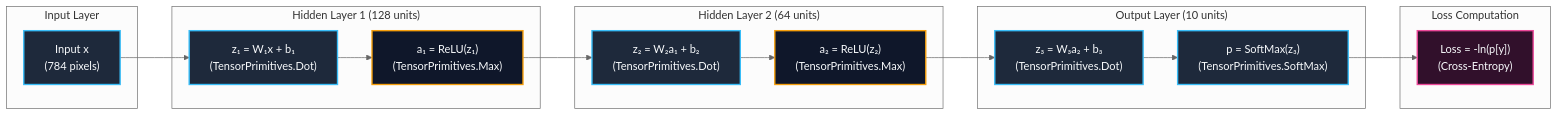
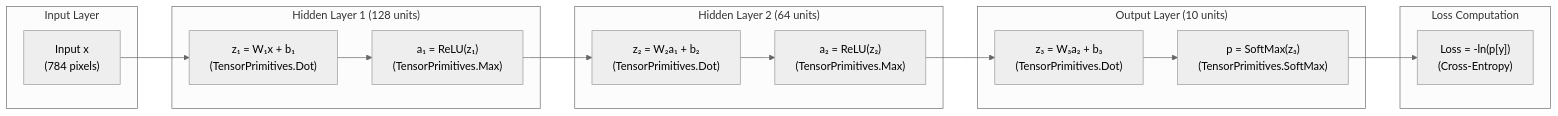
The first of 2 diagrams in _posts/2026-08-28-mnist-from-scratch-no-pytorch-no-autograd-just-csharp.md (jonas1ara/jonas1ara.github.io), drawn with Mermaid (neutral theme) before and after one commit. The commit also changed other lines of this file, not shown here.

````diff
--- a/_posts/2026-08-28-mnist-from-scratch-no-pytorch-no-autograd-just-csharp.md
+++ b/_posts/2026-08-28-mnist-from-scratch-no-pytorch-no-autograd-just-csharp.md
@@ -45,34 +45,33 @@
 ```mermaid
-graph LR
+flowchart LR
     subgraph Input ["Input Layer"]
         X["Input x<br/>(784 pixels)"]
     end
 
     subgraph Hidden1 ["Hidden Layer 1 (128 units)"]
         Z1["z₁ = W₁x + b₁<br/>(TensorPrimitives.Dot)"]
         A1["a₁ = ReLU(z₁)<br/>(TensorPrimitives.Max)"]
     end
 
     subgraph Hidden2 ["Hidden Layer 2 (64 units)"]
         Z2["z₂ = W₂a₁ + b₂<br/>(TensorPrimitives.Dot)"]
         A2["a₂ = ReLU(z₂)<br/>(TensorPrimitives.Max)"]
     end
 
     subgraph Output ["Output Layer (10 units)"]
         Z3["z₃ = W₃a₂ + b₃<br/>(TensorPrimitives.Dot)"]
         Prob["p = SoftMax(z₃)<br/>(TensorPrimitives.SoftMax)"]
     end
 
     subgraph Loss ["Loss Computation"]
         L["Loss = -ln(p[y])<br/>(Cross-Entropy)"]
     end
 
-    X --> Z1 --> A1 --> Z2 --> A2 --> Z3 --> Prob --> L
-
-    classDef tensor fill:#1e293b,stroke:#38bdf8,stroke-width:2px,color:#f8fafc;
-    classDef act fill:#0f172a,stroke:#f59e0b,stroke-width:2px,color:#f8fafc;
-    classDef loss fill:#31102b,stroke:#ec4899,stroke-width:2px,color:#f8fafc;
-    class X,Z1,Z2,Z3,Prob tensor;
-    class A1,A2 act;
-    class L loss;
+    X --> Z1
+    Z1 --> A1
+    A1 --> Z2
+    Z2 --> A2
+    A2 --> Z3
+    Z3 --> Prob
+    Prob --> L
 ```
````
